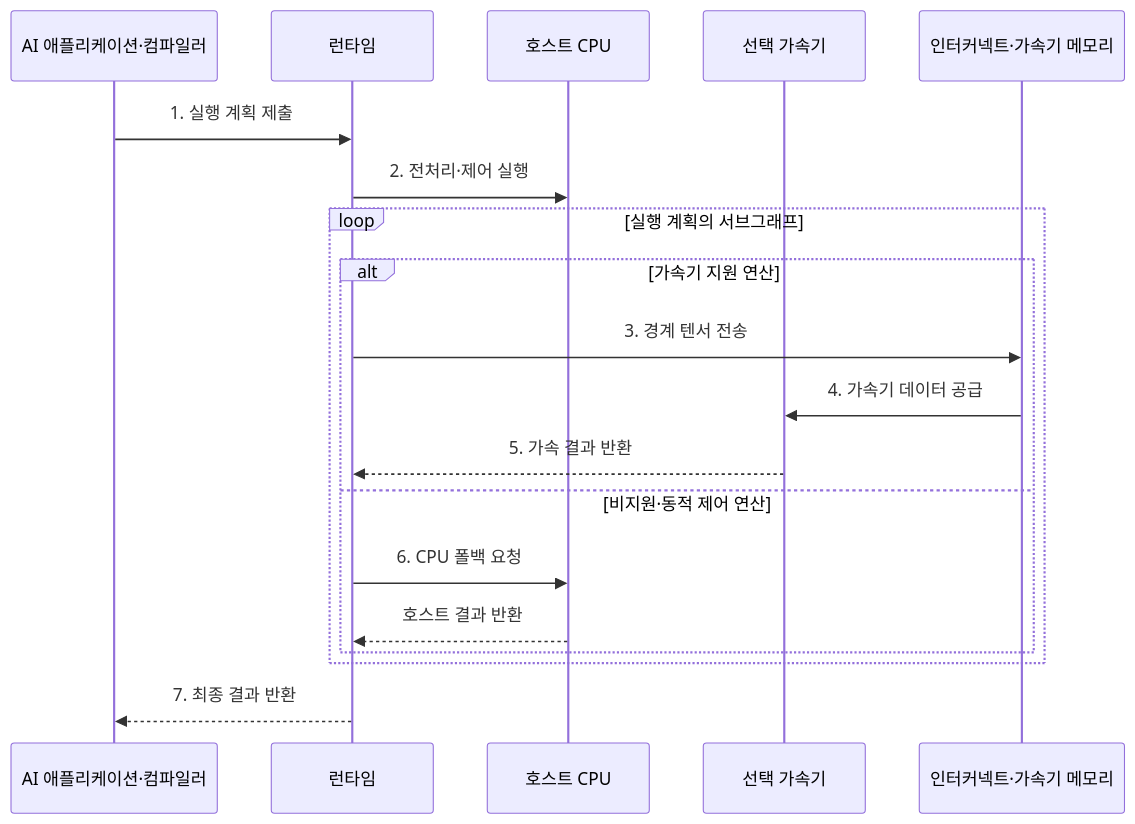
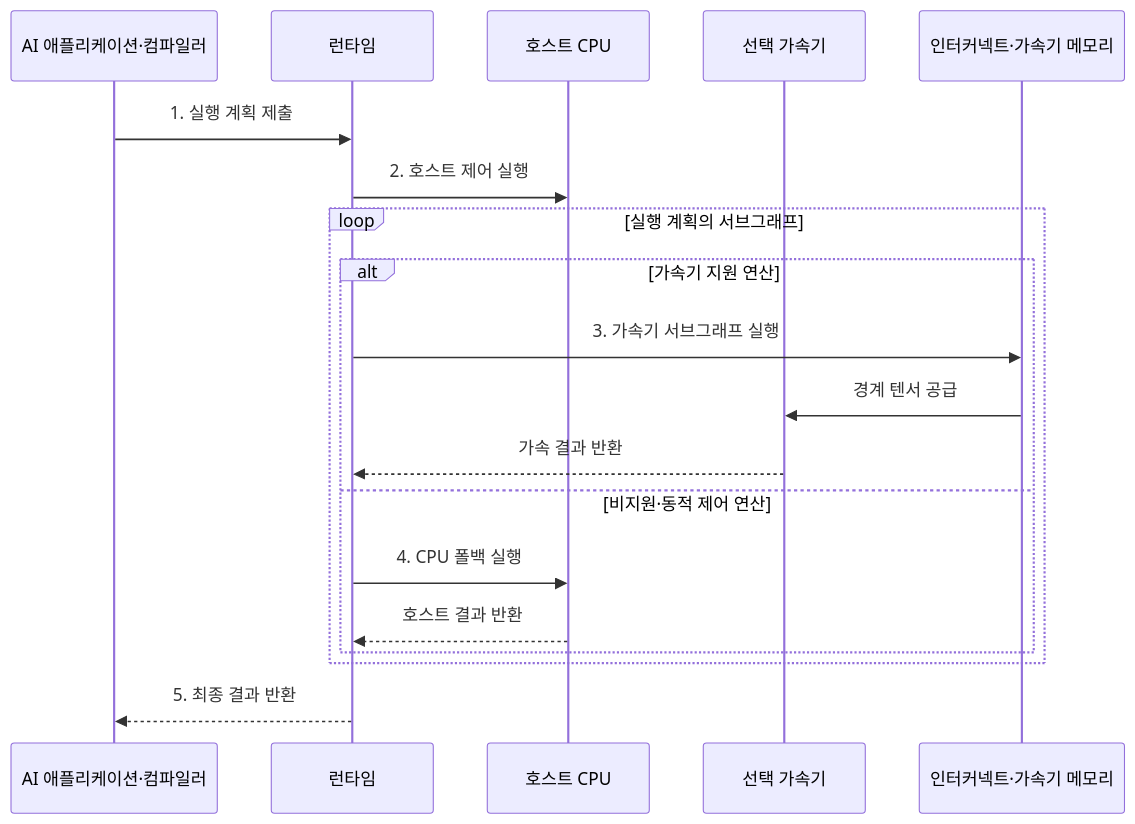
The second of 2 diagrams in src/content/docs/notes/02-hardware/046_ai_accelerator_comparison.md (agnusdei1207/knowledge-base), drawn with Mermaid before and after one commit. The commit also changed other lines of this file and 86 other files, not shown here.

````diff
--- a/src/content/docs/notes/02-hardware/046_ai_accelerator_comparison.md
+++ b/src/content/docs/notes/02-hardware/046_ai_accelerator_comparison.md
@@ -87,22 +87,22 @@
 ```mermaid
 sequenceDiagram
     participant A as AI 애플리케이션·컴파일러
     participant R as 런타임
     participant H as 호스트 CPU
     participant X as 선택 가속기
     participant M as 인터커넥트·가속기 메모리
 
     A->>R: 1. 실행 계획 제출
-    R->>H: 2. 전처리·제어 실행
+    R->>H: 2. 호스트 제어 실행
     loop 실행 계획의 서브그래프
         alt 가속기 지원 연산
-            R->>M: 3. 경계 텐서 전송
-            M->>X: 4. 가속기 데이터 공급
-            X-->>R: 5. 가속 결과 반환
+            R->>M: 3. 가속기 서브그래프 실행
+            M->>X: 경계 텐서 공급
+            X-->>R: 가속 결과 반환
         else 비지원·동적 제어 연산
-            R->>H: 6. CPU 폴백 요청
+            R->>H: 4. CPU 폴백 실행
             H-->>R: 호스트 결과 반환
         end
     end
-    R-->>A: 7. 최종 결과 반환
+    R-->>A: 5. 최종 결과 반환
 ```
````
